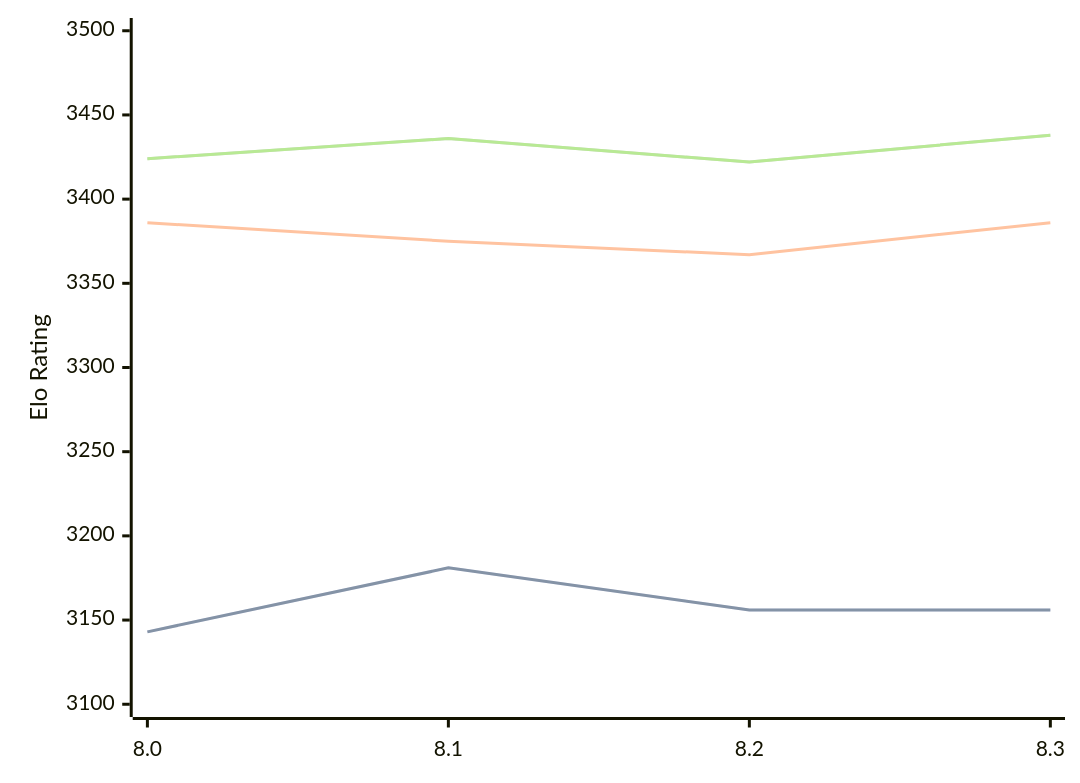
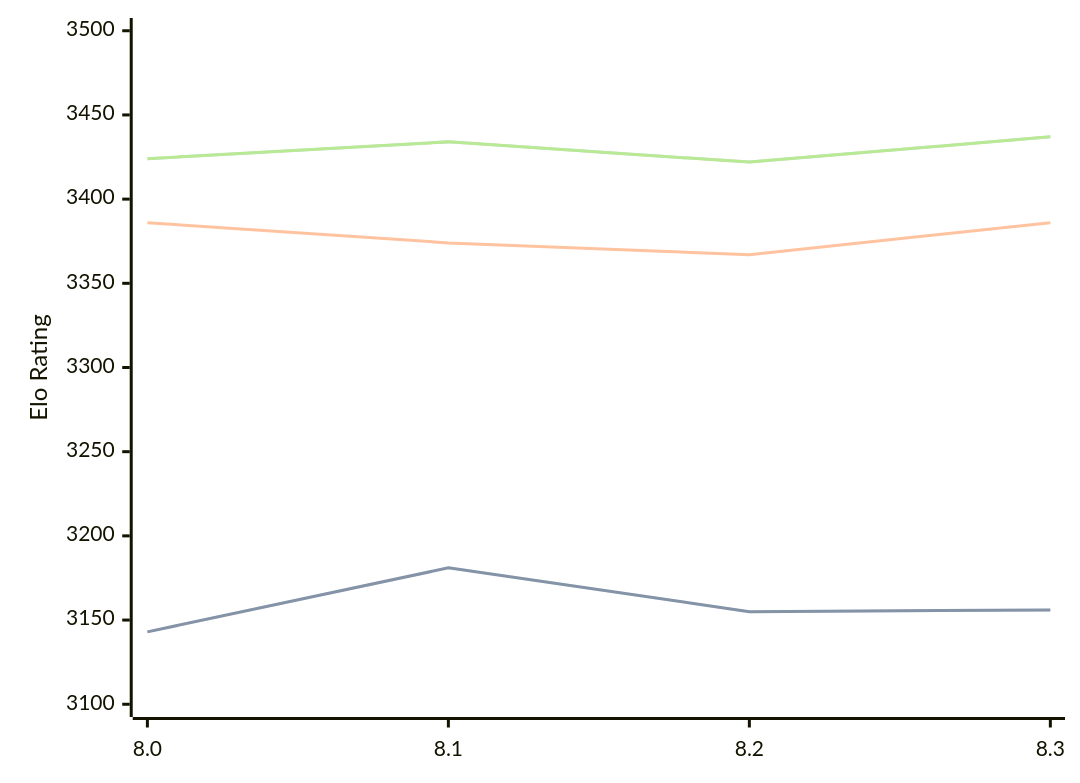
One commit to computer-chess-index/cci changed the diagram in engines/Alexander.md. Above: the diagram before and after it, drawn with Mermaid. The commit also changed other lines of this file, not shown here.

Commit message:
Update CCI Ratings (ELO VLTC) - 2026-09-21

````diff
--- a/engines/Alexander.md
+++ b/engines/Alexander.md
@@ -34,11 +34,11 @@
 ```mermaid
 %%{init: {"theme":"base","themeVariables":{"seriesColors:['#a3a3a3','#222221','#faa371']}}}%%
 xychart-beta
   x-axis ["8.0", "8.1", "8.2", "8.3"]
   y-axis "Elo Rating" 3100 --> 3500
-  line "" [3143, 3181, 3156, 3156]
-  line "STC (8.0+0.08s)" [3143, 3181, 3156, 3156]
-  line "LTC (60.0+0.60s)" [3386, 3375, 3367, 3386]
-  line "" [3424, 3436, 3422, 3438]
-  line "VLTC (2m24s+1.12s)" [3424, 3436, 3422, 3438]
+  line "" [3143, 3181, 3155, 3156]
+  line "STC (8.0+0.08s)" [3143, 3181, 3155, 3156]
+  line "LTC (60.0+0.60s)" [3386, 3374, 3367, 3386]
+  line "" [3424, 3434, 3422, 3437]
+  line "VLTC (2m24s+1.12s)" [3424, 3434, 3422, 3437]
 ```
````
